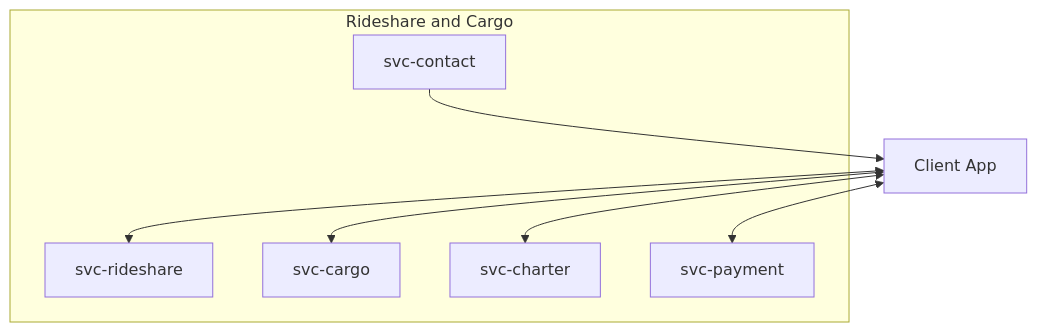
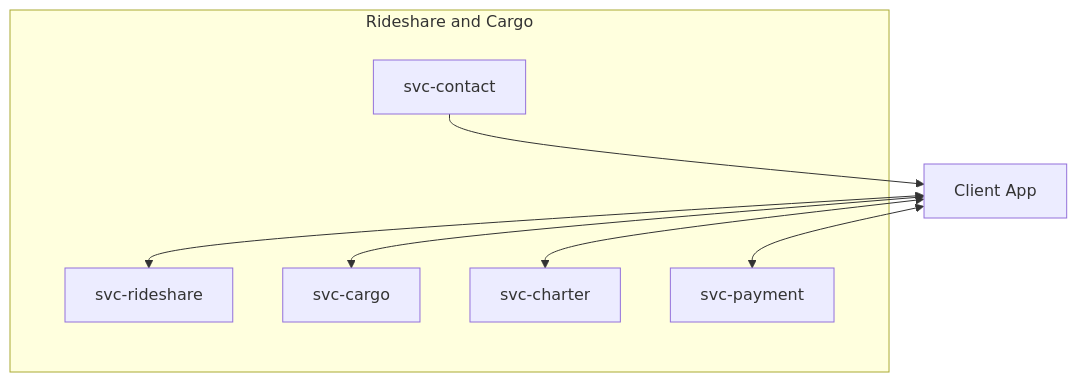
The sixth of 6 diagrams in docs/conops.md (aetheric-oss/se-services), drawn with Mermaid before and after one commit. The commit also changed other lines of this file, not shown here.

Commit message:
Add padding to diagrams

````diff
--- a/docs/conops.md
+++ b/docs/conops.md
@@ -302,16 +328,22 @@
 ```mermaid
 flowchart TB
+classDef subgraph_padding fill:none,stroke:none
+
 subgraph Rideshare and Cargo
+subgraph p [ ]
 	share[svc-rideshare]
 	cargo[svc-cargo]
     charter[svc-charter]
 	pay[svc-payment]
 	contact[svc-contact]
+end
 end
 
 customer[Client App] <--> share
 customer <--> cargo
 customer <--> charter
 customer <--> pay
 contact --> customer
+
+class p subgraph_padding
 ```
````
